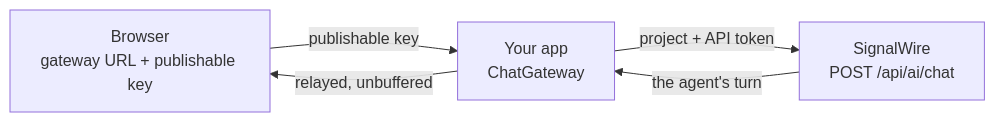
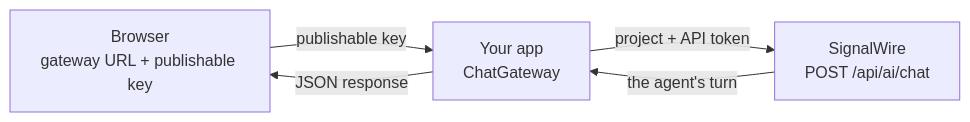
Before and after one commit to signalwire/docs: the diagram in fern/products/platform/pages/ai/chat.mdx, drawn with Mermaid. The commit also changed other lines of this file and 15 other files, not shown here.

````diff
--- a/fern/products/platform/pages/ai/chat.mdx
+++ b/fern/products/platform/pages/ai/chat.mdx
@@ -125,11 +126,11 @@
 ```mermaid
 flowchart LR
     Browser["Browser<br/>gateway URL + publishable key"]
     Gateway["Your app<br/>ChatGateway"]
     SW["SignalWire<br/>POST /api/ai/chat"]
 
     Browser -->|"publishable key"| Gateway
     Gateway -->|"project + API token"| SW
     SW -->|"the agent's turn"| Gateway
-    Gateway -->|"relayed, unbuffered"| Browser
+    Gateway -->|"JSON response"| Browser
 ```
````
